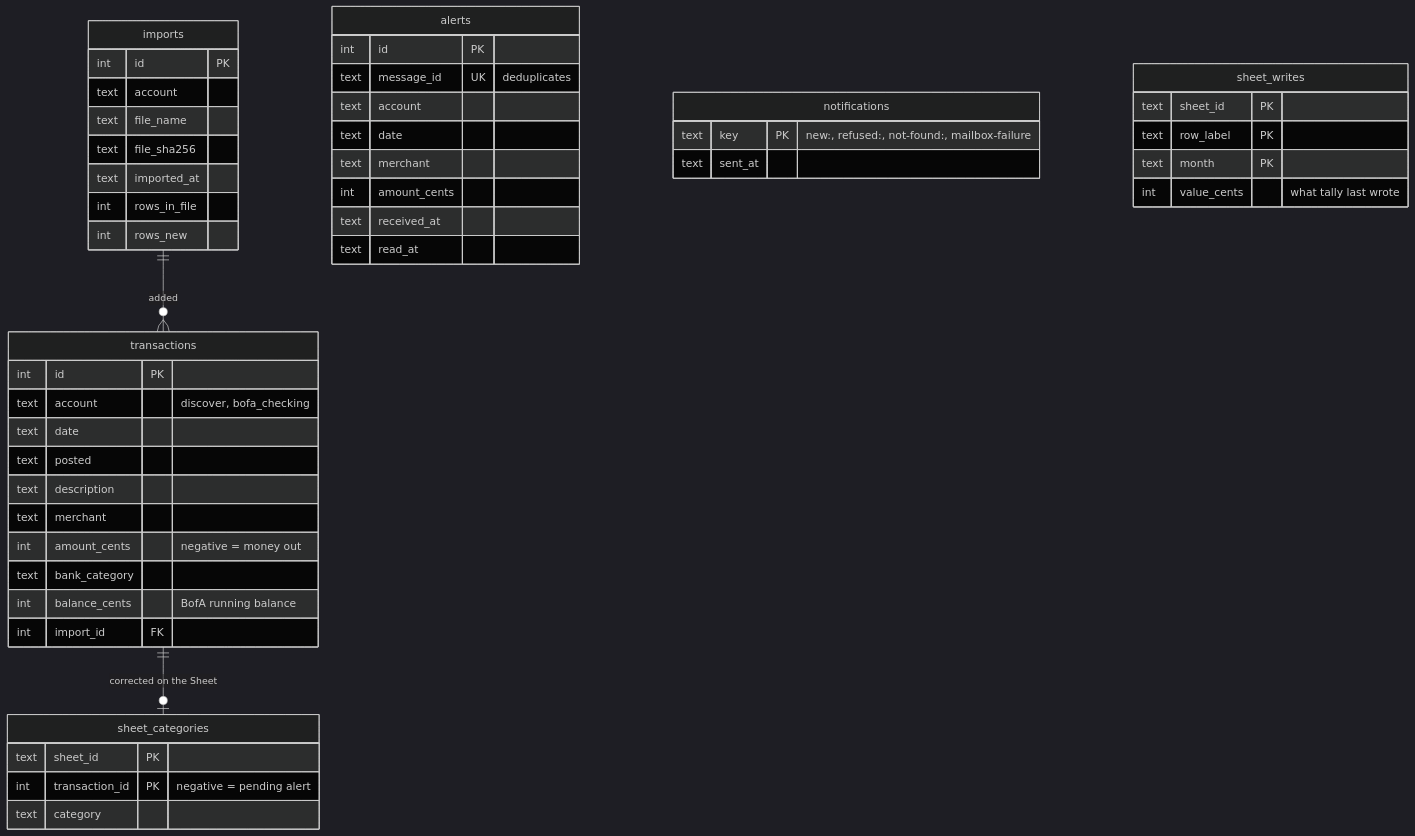
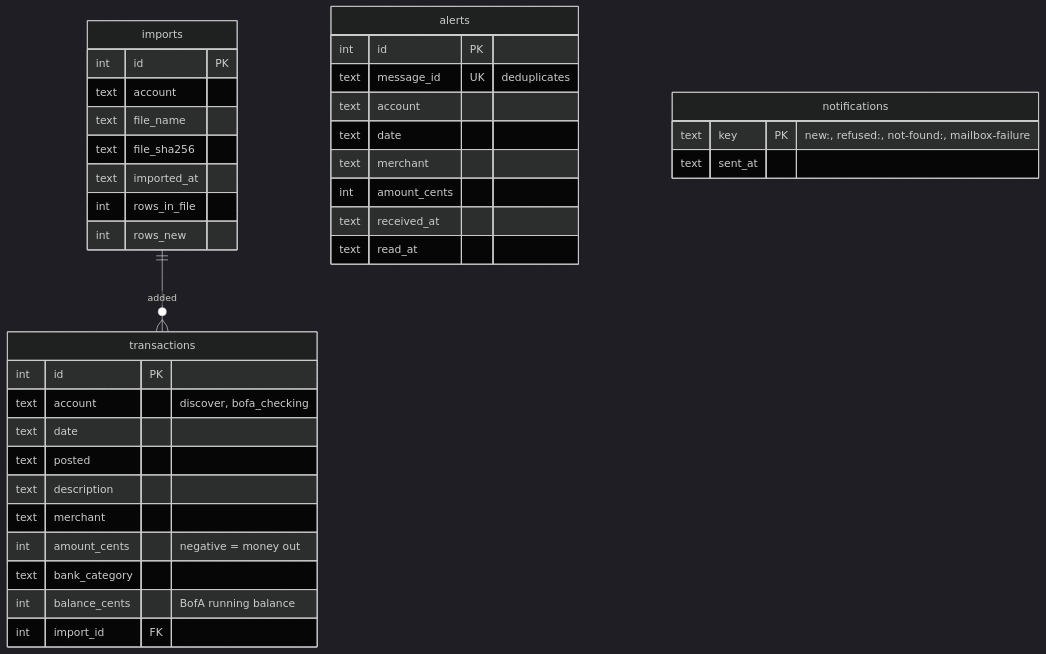
One commit to vmenon04/tally changed the fifth of 6 diagrams in docs/architecture.md. Above: the diagram before and after it, drawn with Mermaid (dark theme). The commit also changed other lines of this file and 5 other files, not shown here.

````diff
--- a/docs/architecture.md
+++ b/docs/architecture.md
@@ -230,52 +234,40 @@
 ```mermaid
 erDiagram
     imports ||--o{ transactions : "added"
-    transactions ||--o| sheet_categories : "corrected on the Sheet"
 
     imports {
         int id PK
         text account
         text file_name
         text file_sha256
         text imported_at
         int rows_in_file
         int rows_new
     }
     transactions {
         int id PK
         text account "discover, bofa_checking"
         text date
         text posted
         text description
         text merchant
         int amount_cents "negative = money out"
         text bank_category
         int balance_cents "BofA running balance"
         int import_id FK
     }
     alerts {
         int id PK
         text message_id UK "deduplicates"
         text account
         text date
         text merchant
         int amount_cents
         text received_at
         text read_at
     }
     notifications {
         text key PK "new:, refused:, not-found:, mailbox-failure"
         text sent_at
     }
-    sheet_writes {
-        text sheet_id PK
-        text row_label PK
-        text month PK
-        int value_cents "what tally last wrote"
-    }
-    sheet_categories {
-        text sheet_id PK
-        int transaction_id PK "negative = pending alert"
-        text category
-    }
 ```
````
